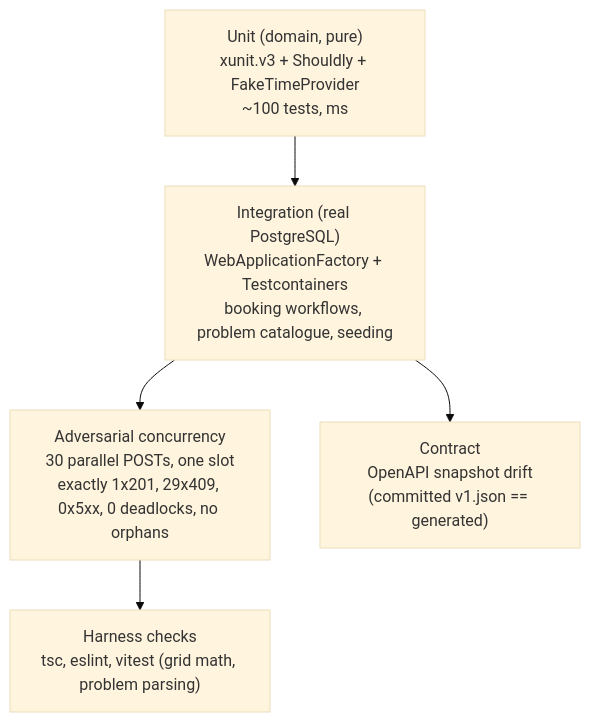
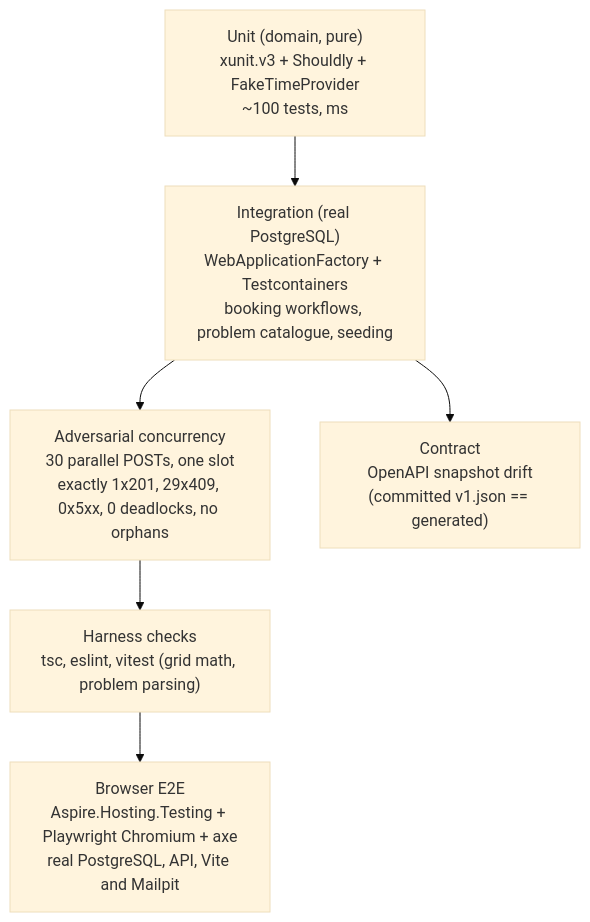
Diagram 14 of 14 in docs/ARCHITECTURE.md (kylesmile1103/keyloop-service-scheduler), drawn with Mermaid (base theme) before and after one commit. The commit also changed other lines of this file and 11 other files, not shown here.

````diff
--- a/docs/ARCHITECTURE.md
+++ b/docs/ARCHITECTURE.md
@@ -1469,7 +1469,8 @@
 ```mermaid
 flowchart TB
     U["Unit (domain, pure)<br/>xunit.v3 + Shouldly + FakeTimeProvider<br/>~100 tests, ms"] --> I["Integration (real PostgreSQL)<br/>WebApplicationFactory + Testcontainers<br/>booking workflows, problem catalogue, seeding"]
     I --> C["Adversarial concurrency<br/>30 parallel POSTs, one slot<br/>exactly 1x201, 29x409, 0x5xx, 0 deadlocks, no orphans"]
     I --> K["Contract<br/>OpenAPI snapshot drift<br/>(committed v1.json == generated)"]
     C --> E["Harness checks<br/>tsc, eslint, vitest (grid math, problem parsing)"]
+    E --> B["Browser E2E<br/>Aspire.Hosting.Testing + Playwright Chromium + axe<br/>real PostgreSQL, API, Vite and Mailpit"]
 ```
````
